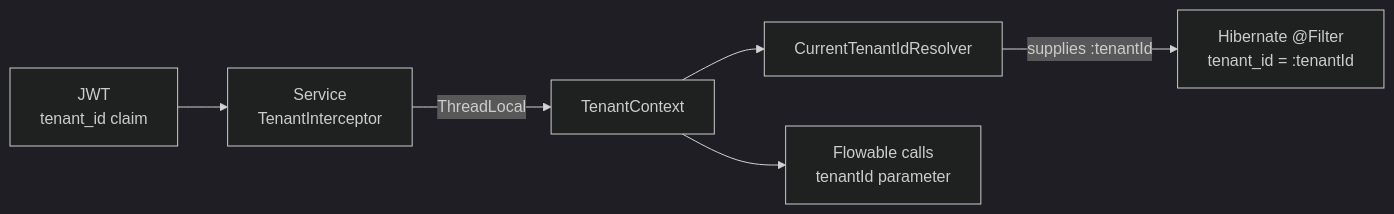
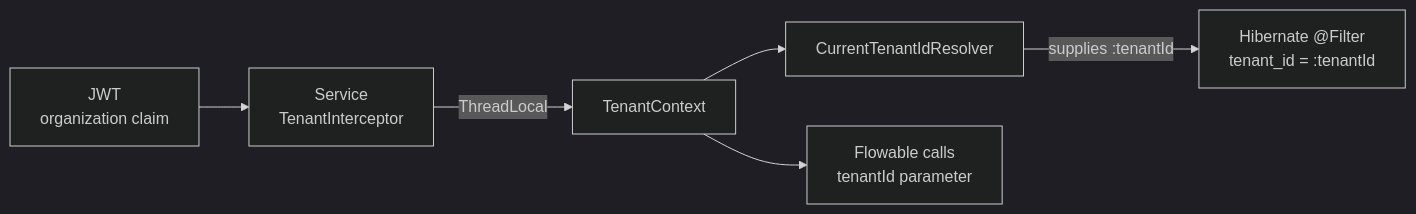
The diagram in docs/architecture/concepts.md (mszalus/workflow-platform), drawn with Mermaid (dark theme) before and after one commit. The commit also changed other lines of this file and 27 other files, not shown here.

````diff
--- a/docs/architecture/concepts.md
+++ b/docs/architecture/concepts.md
@@ -12,8 +12,8 @@
 ```mermaid
 flowchart LR
-    JWT["JWT<br/>tenant_id claim"] --> SVC["Service<br/>TenantInterceptor"]
+    JWT["JWT<br/>organization claim"] --> SVC["Service<br/>TenantInterceptor"]
     SVC -->|"ThreadLocal"| CTX["TenantContext"]
     CTX --> RES["CurrentTenantIdResolver"]
     RES -->|"supplies :tenantId"| HIB["Hibernate @Filter<br/>tenant_id = :tenantId"]
     CTX --> FLOW["Flowable calls<br/>tenantId parameter"]
 ```
````
